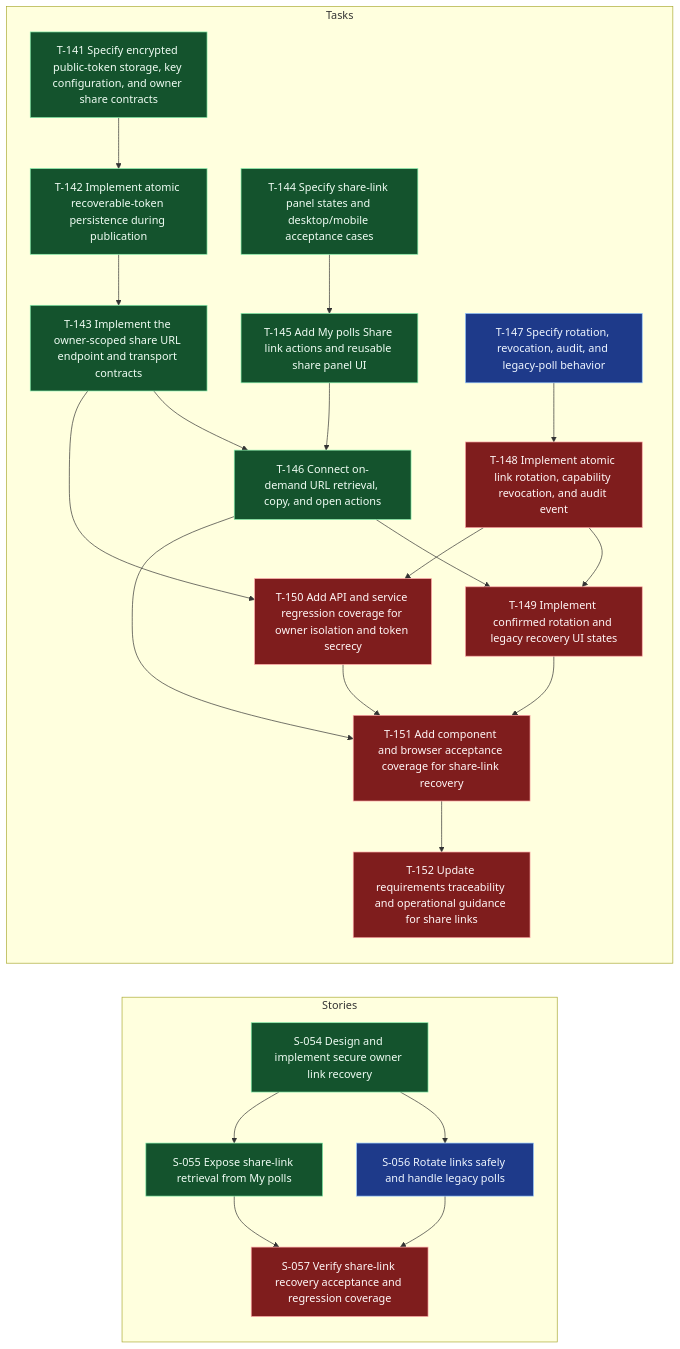
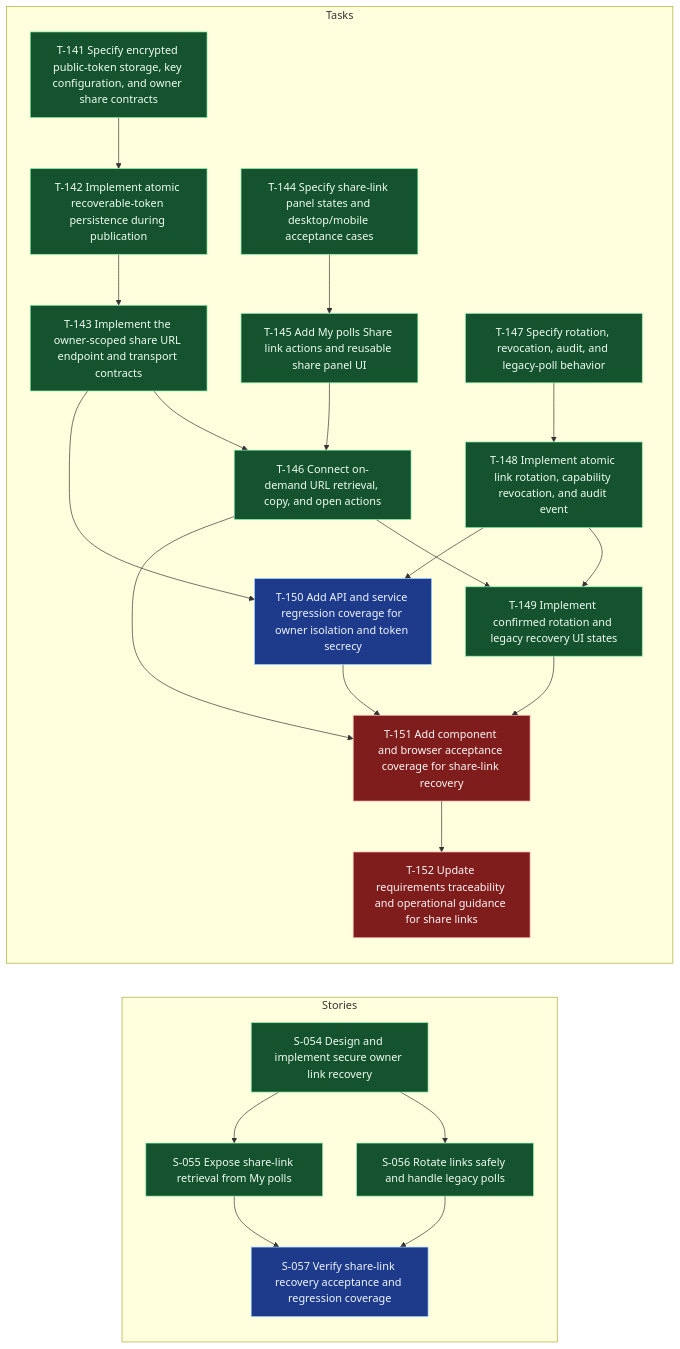
The diagram in .worktracker/graphs/E-015.mmd (andybalham/invite-agent), drawn with Mermaid before and after one commit. The commit also changed 22 other files, not shown here.

First line of the commit message:
feat: implement public link rotation for polls with confirmation and audit logging

```diff
--- a/.worktracker/graphs/E-015.mmd
+++ b/.worktracker/graphs/E-015.mmd
@@ -1,60 +1,60 @@
 graph LR
   classDef done fill:#14532d,stroke:#86efac,color:#f0fdf4;
   classDef blocked fill:#7f1d1d,stroke:#fca5a5,color:#fff7f7;
   classDef inprogress fill:#78350f,stroke:#fbbf24,color:#fffbeb;
   classDef todo fill:#1e3a8a,stroke:#93c5fd,color:#eff6ff;
   classDef empty fill:#374151,stroke:#d1d5db,color:#f9fafb,stroke-dasharray: 3 3;
   subgraph Stories
     S054["S-054 Design and implement secure owner link recovery"]:::done
     S055["S-055 Expose share-link retrieval from My polls"]:::done
-    S056["S-056 Rotate links safely and handle legacy polls"]:::todo
-    S057["S-057 Verify share-link recovery acceptance and regression coverage"]:::blocked
+    S056["S-056 Rotate links safely and handle legacy polls"]:::done
+    S057["S-057 Verify share-link recovery acceptance and regression coverage"]:::todo
     S054 --> S055
     S054 --> S056
     S055 --> S057
     S056 --> S057
   end
   subgraph Tasks
     T141["T-141 Specify encrypted public-token storage, key configuration, and owner share contracts"]:::done
     T142["T-142 Implement atomic recoverable-token persistence during publication"]:::done
     T143["T-143 Implement the owner-scoped share URL endpoint and transport contracts"]:::done
     T144["T-144 Specify share-link panel states and desktop/mobile acceptance cases"]:::done
     T145["T-145 Add My polls Share link actions and reusable share panel UI"]:::done
     T146["T-146 Connect on-demand URL retrieval, copy, and open actions"]:::done
-    T147["T-147 Specify rotation, revocation, audit, and legacy-poll behavior"]:::todo
-    T148["T-148 Implement atomic link rotation, capability revocation, and audit event"]:::blocked
-    T149["T-149 Implement confirmed rotation and legacy recovery UI states"]:::blocked
-    T150["T-150 Add API and service regression coverage for owner isolation and token secrecy"]:::blocked
+    T147["T-147 Specify rotation, revocation, audit, and legacy-poll behavior"]:::done
+    T148["T-148 Implement atomic link rotation, capability revocation, and audit event"]:::done
+    T149["T-149 Implement confirmed rotation and legacy recovery UI states"]:::done
+    T150["T-150 Add API and service regression coverage for owner isolation and token secrecy"]:::todo
     T151["T-151 Add component and browser acceptance coverage for share-link recovery"]:::blocked
     T152["T-152 Update requirements traceability and operational guidance for share links"]:::blocked
     T141 --> T142
     T142 --> T143
     T143 --> T146
     T143 --> T150
     T144 --> T145
     T145 --> T146
     T146 --> T149
     T146 --> T151
     T147 --> T148
     T148 --> T149
     T148 --> T150
     T149 --> T151
     T150 --> T151
     T151 --> T152
   end
   click S054 "../entities/S-054-design-and-implement-secure-owner-link-recovery.md"
   click S055 "../entities/S-055-expose-share-link-retrieval-from-my-polls.md"
   click S056 "../entities/S-056-rotate-links-safely-and-handle-legacy-polls.md"
   click S057 "../entities/S-057-verify-share-link-recovery-acceptance-and-regression-coverage.md"
   click T141 "../entities/T-141-specify-encrypted-public-token-storage-key-configuration-and-owner-share-contracts.md"
   click T142 "../entities/T-142-implement-atomic-recoverable-token-persistence-during-publication.md"
   click T143 "../entities/T-143-implement-the-owner-scoped-share-url-endpoint-and-transport-contracts.md"
   click T144 "../entities/T-144-specify-share-link-panel-states-and-desktop-mobile-acceptance-cases.md"
   click T145 "../entities/T-145-add-my-polls-share-link-actions-and-reusable-share-panel-ui.md"
   click T146 "../entities/T-146-connect-on-demand-url-retrieval-copy-and-open-actions.md"
   click T147 "../entities/T-147-specify-rotation-revocation-audit-and-legacy-poll-behavior.md"
   click T148 "../entities/T-148-implement-atomic-link-rotation-capability-revocation-and-audit-event.md"
   click T149 "../entities/T-149-implement-confirmed-rotation-and-legacy-recovery-ui-states.md"
   click T150 "../entities/T-150-add-api-and-service-regression-coverage-for-owner-isolation-and-token-secrecy.md"
   click T151 "../entities/T-151-add-component-and-browser-acceptance-coverage-for-share-link-recovery.md"
   click T152 "../entities/T-152-update-requirements-traceability-and-operational-guidance-for-share-links.md"
```
